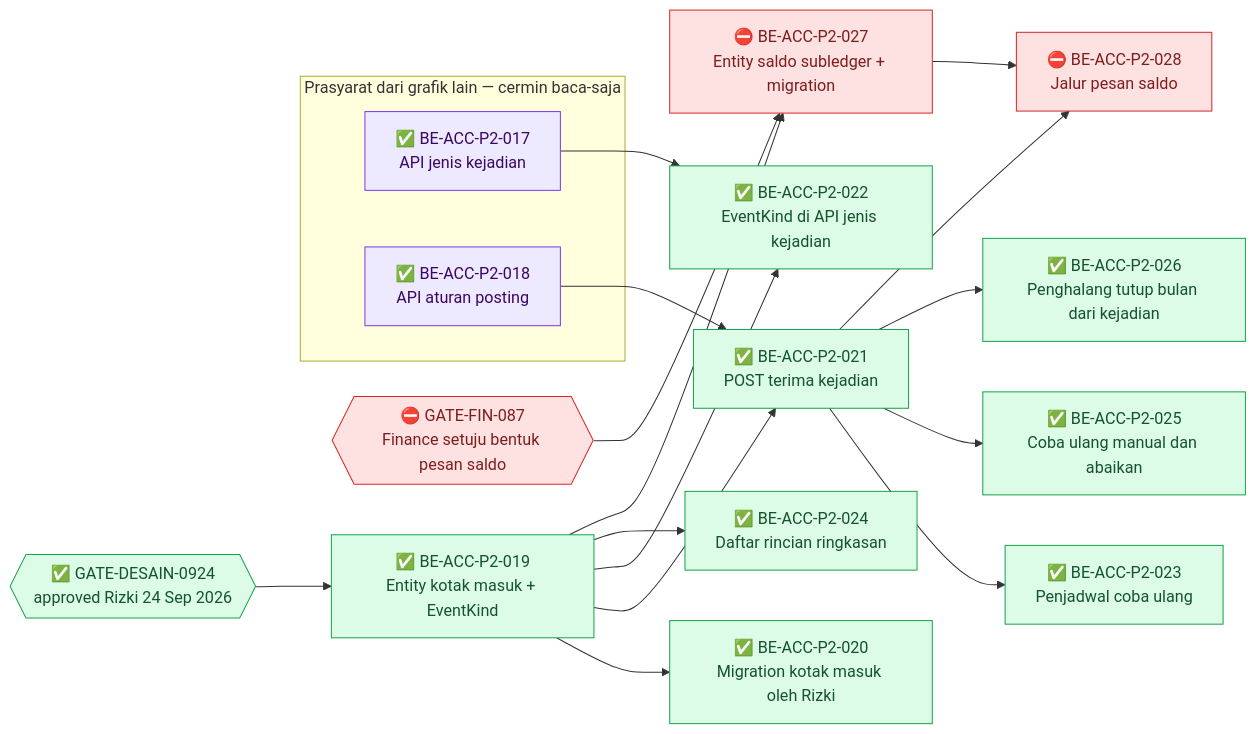
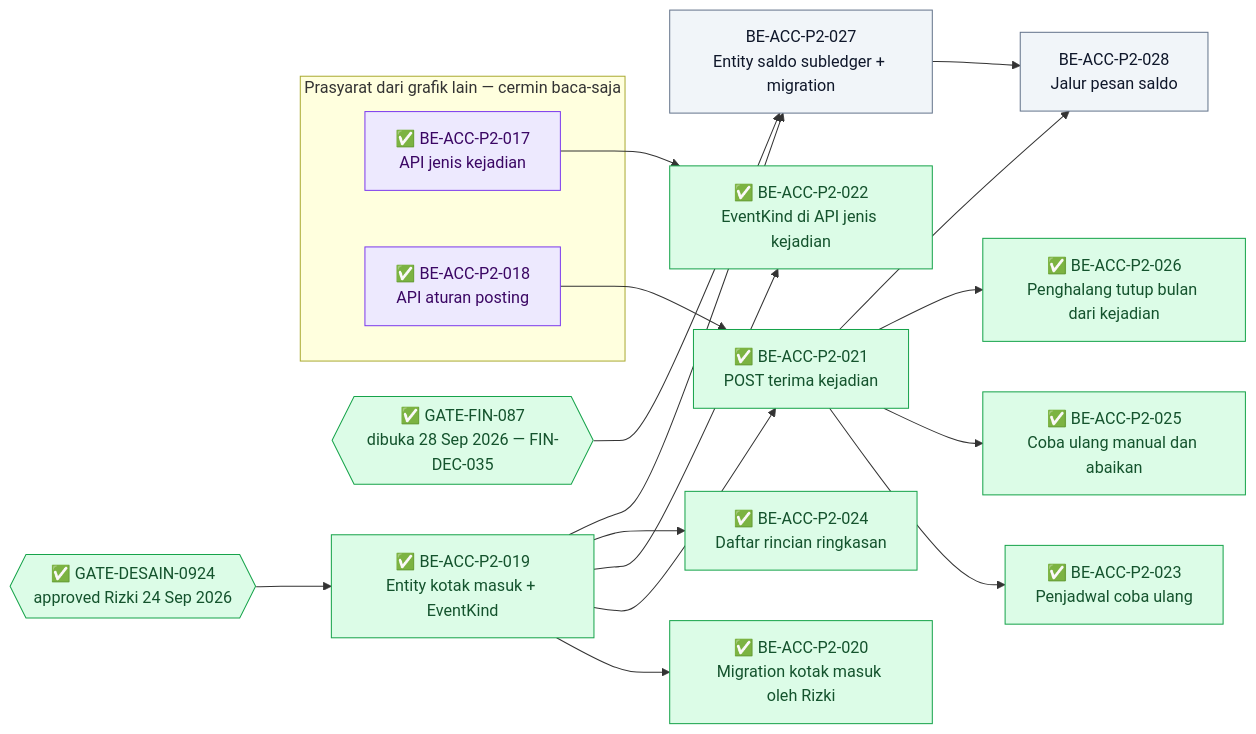
One commit to DevBenari/NewQuilvianSystemBackend changed the fourth of 4 diagrams in docs/module-blueprints/accounting/roadmap/backend-roadmap-phase2.md. Above: the diagram before and after it, drawn with Mermaid. The commit also changed other lines of this file and 5 other files, not shown here.

````diff
--- a/docs/module-blueprints/accounting/roadmap/backend-roadmap-phase2.md
+++ b/docs/module-blueprints/accounting/roadmap/backend-roadmap-phase2.md
@@ -691,42 +696,42 @@
 ```mermaid
 flowchart LR
     classDef selesai fill:#DCFCE7,stroke:#16A34A,color:#14532D
     classDef sebagian fill:#FEF9C3,stroke:#CA8A04,color:#713F12
     classDef terblokir fill:#FEE2E2,stroke:#DC2626,color:#7F1D1D
     classDef belum fill:#F1F5F9,stroke:#64748B,color:#0F172A
     classDef luar fill:#EDE9FE,stroke:#7C3AED,color:#3B0764
 
     subgraph cermin["Prasyarat dari grafik lain — cermin baca-saja"]
         MBEACCP2017["✅ BE-ACC-P2-017<br/>API jenis kejadian"]:::luar
         MBEACCP2018["✅ BE-ACC-P2-018<br/>API aturan posting"]:::luar
     end
 
     GDES{{"✅ GATE-DESAIN-0924<br/>approved Rizki 24 Sep 2026"}}:::selesai
-    GFIN{{"⛔ GATE-FIN-087<br/>Finance setuju bentuk pesan saldo"}}:::terblokir
+    GFIN{{"✅ GATE-FIN-087<br/>dibuka 28 Sep 2026 — FIN-DEC-035"}}:::selesai
 
     BEACCP2019["✅ BE-ACC-P2-019<br/>Entity kotak masuk + EventKind"]:::selesai
     BEACCP2020["✅ BE-ACC-P2-020<br/>Migration kotak masuk oleh Rizki"]:::selesai
     BEACCP2021["✅ BE-ACC-P2-021<br/>POST terima kejadian"]:::selesai
     BEACCP2022["✅ BE-ACC-P2-022<br/>EventKind di API jenis kejadian"]:::selesai
     BEACCP2023["✅ BE-ACC-P2-023<br/>Penjadwal coba ulang"]:::selesai
     BEACCP2024["✅ BE-ACC-P2-024<br/>Daftar rincian ringkasan"]:::selesai
     BEACCP2025["✅ BE-ACC-P2-025<br/>Coba ulang manual dan abaikan"]:::selesai
     BEACCP2026["✅ BE-ACC-P2-026<br/>Penghalang tutup bulan dari kejadian"]:::selesai
-    BEACCP2027["⛔ BE-ACC-P2-027<br/>Entity saldo subledger + migration"]:::terblokir
-    BEACCP2028["⛔ BE-ACC-P2-028<br/>Jalur pesan saldo"]:::terblokir
+    BEACCP2027["BE-ACC-P2-027<br/>Entity saldo subledger + migration"]:::belum
+    BEACCP2028["BE-ACC-P2-028<br/>Jalur pesan saldo"]:::belum
 
     GDES --> BEACCP2019
     BEACCP2019 --> BEACCP2020
     BEACCP2019 --> BEACCP2021
     MBEACCP2018 --> BEACCP2021
     BEACCP2019 --> BEACCP2022
     MBEACCP2017 --> BEACCP2022
     BEACCP2021 --> BEACCP2023
     BEACCP2019 --> BEACCP2024
     BEACCP2021 --> BEACCP2025
     BEACCP2021 --> BEACCP2026
     GFIN --> BEACCP2027
     BEACCP2019 --> BEACCP2027
     BEACCP2021 --> BEACCP2028
     BEACCP2027 --> BEACCP2028
 ```
````
